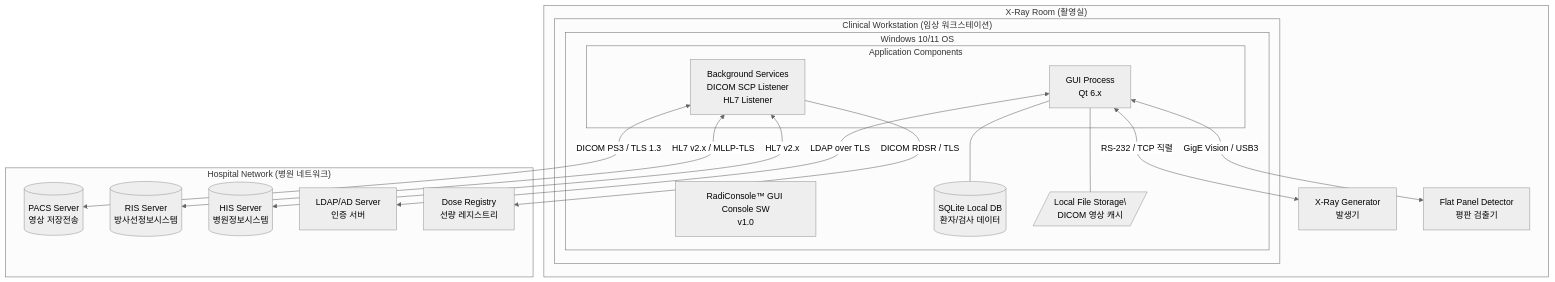
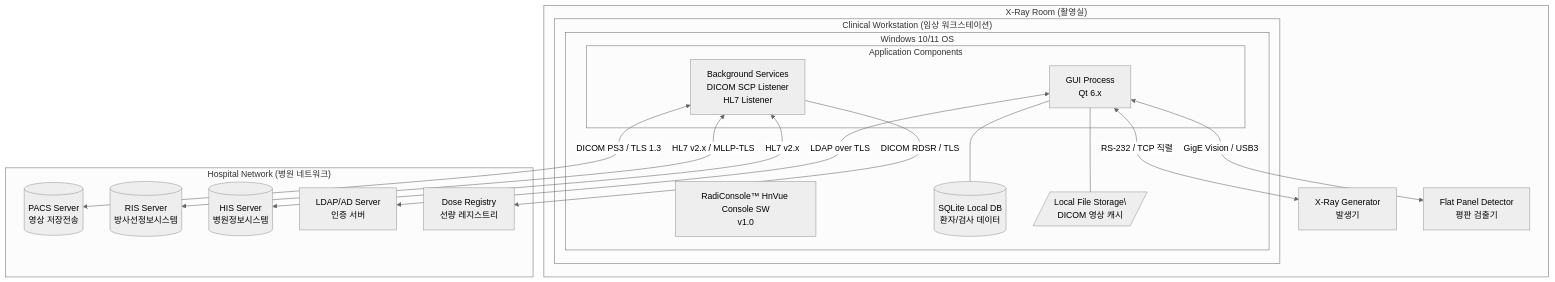
One commit to holee9/console-gui changed the fifth of 14 diagrams in docs/planning/DOC-006_SAD_v1.0.md. Above: the diagram before and after it, drawn with Mermaid (neutral theme). The commit also changed other lines of this file and 40 other files, not shown here.

````diff
--- a/docs/planning/DOC-006_SAD_v1.0.md
+++ b/docs/planning/DOC-006_SAD_v1.0.md
@@ -328,37 +328,37 @@
 ```mermaid
 graph TB
     subgraph "X-Ray Room (촬영실)"
         subgraph "Clinical Workstation (임상 워크스테이션)"
             subgraph "Windows 10/11 OS"
-                APP[RadiConsole™ GUI Console SW<br/>v1.0]
+                APP[RadiConsole™ HnVue Console SW<br/>v1.0]
                 subgraph "Application Components"
                     APP_GUI[GUI Process<br/>Qt 6.x]
                     APP_SVC[Background Services<br/>DICOM SCP Listener<br/>HL7 Listener]
                 end
                 DB[(SQLite Local DB<br/>환자/검사 데이터)]
                 FS[/Local File Storage\<br/>DICOM 영상 캐시/]
             end
         end
 
         GEN[X-Ray Generator<br/>발생기]
         DET[Flat Panel Detector<br/>평판 검출기]
     end
 
     subgraph "Hospital Network (병원 네트워크)"
         PACS[(PACS Server<br/>영상 저장전송)]
         RIS[(RIS Server<br/>방사선정보시스템)]
         HIS[(HIS Server<br/>병원정보시스템)]
         LDAP_SRV[LDAP/AD Server<br/>인증 서버]
         DOSE_REG[Dose Registry<br/>선량 레지스트리]
     end
 
     APP_GUI <-->|RS-232 / TCP 직렬| GEN
     APP_GUI <-->|GigE Vision / USB3| DET
     APP_GUI --- DB
     APP_GUI --- FS
     APP_SVC <-->|DICOM PS3 / TLS 1.3| PACS
     APP_SVC <-->|HL7 v2.x / MLLP-TLS| RIS
     APP_SVC <-->|HL7 v2.x| HIS
     APP_GUI <-->|LDAP over TLS| LDAP_SRV
     APP_SVC -->|DICOM RDSR / TLS| DOSE_REG
 ```
````
